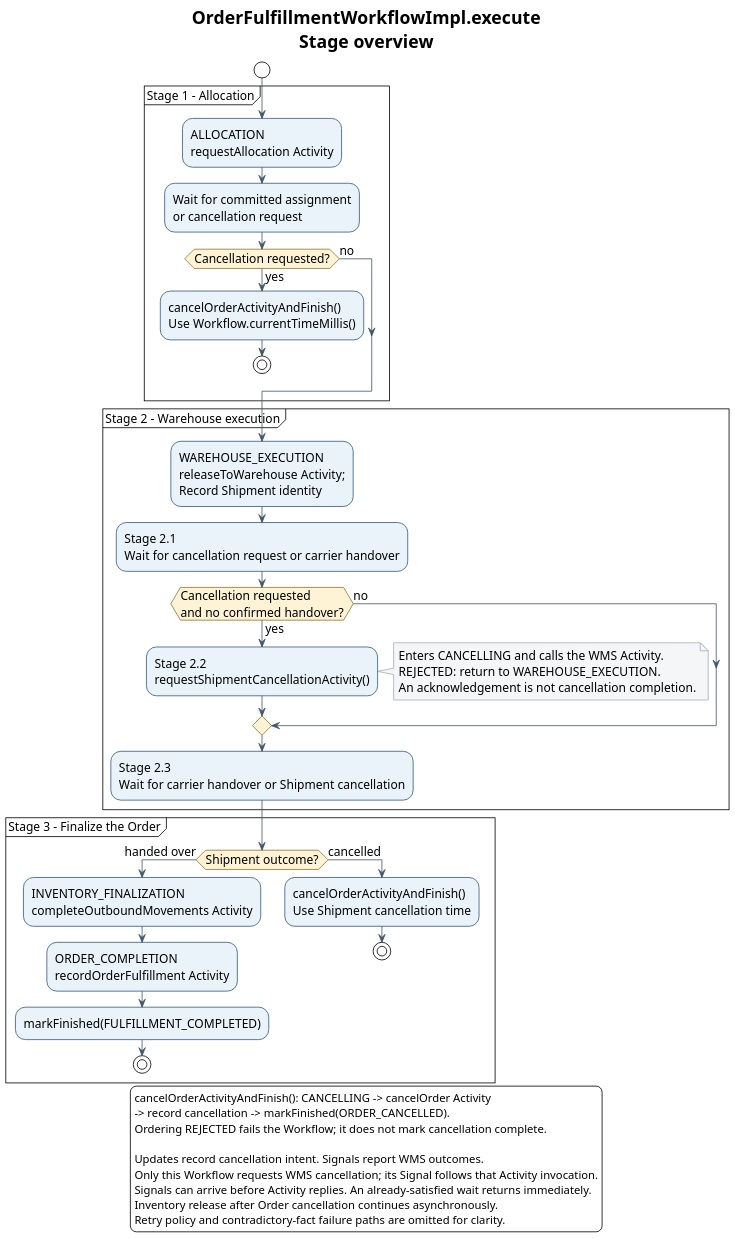
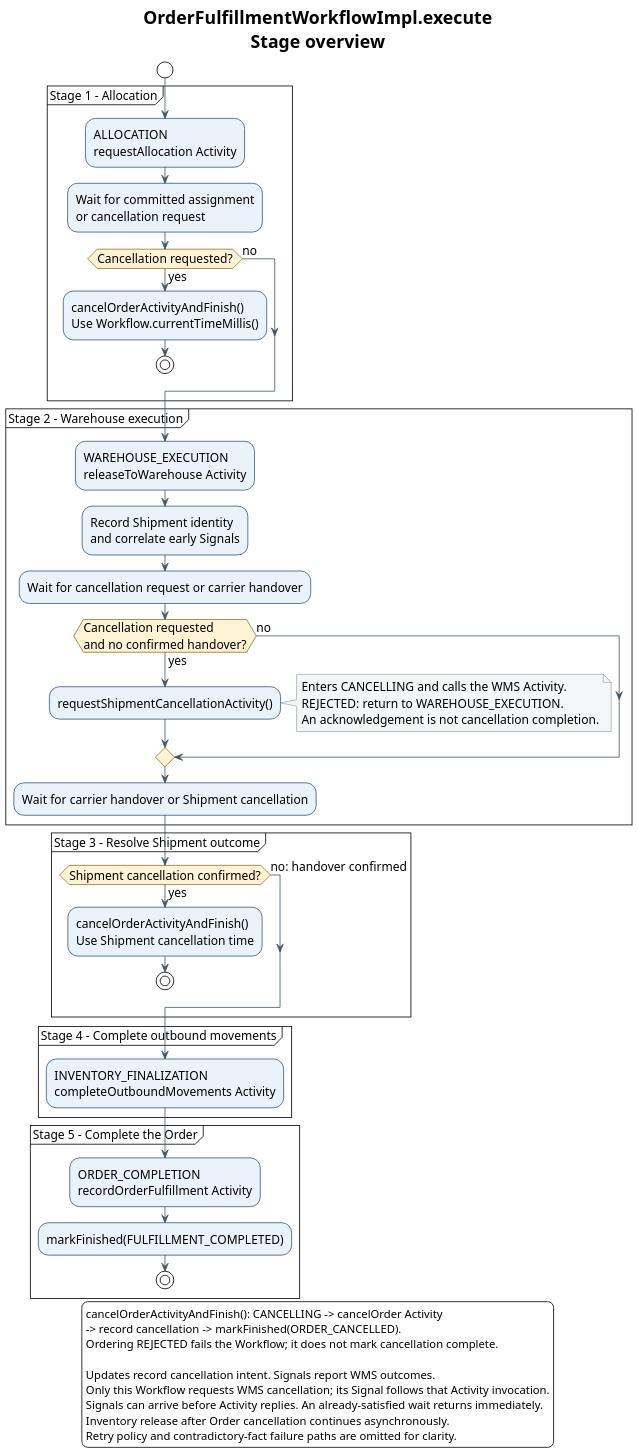
Before and after one commit to zhjiangexe/order-allocation-arch-demo: the diagram in docs/order-fulfillment-process-execute-flow.puml, drawn with PlantUML. The commit also changed 17 other files, not shown here.

Commit message:
refactor(fulfillment): rename workflow state and clarify stage diagrams

```diff
--- a/docs/order-fulfillment-process-execute-flow.puml
+++ b/docs/order-fulfillment-process-execute-flow.puml
@@ -1,64 +1,69 @@
 @startuml
 !theme plain
 skinparam backgroundColor #FFFFFF
 skinparam defaultFontName SansSerif
 skinparam defaultFontSize 15
 skinparam shadowing false
 skinparam activityBackgroundColor #EAF2FA
 skinparam activityBorderColor #365A7C
 skinparam activityDiamondBackgroundColor #FFF3D6
 skinparam activityDiamondBorderColor #94732C
 skinparam noteBackgroundColor #F4F6F8
 skinparam noteBorderColor #A4AFBA
 skinparam ArrowColor #43576B
 skinparam dpi 140
 
 title OrderFulfillmentWorkflowImpl.execute\nStage overview
 
 start
 partition "Stage 1 - Allocation" {
   :ALLOCATION\nrequestAllocation Activity;
   :Wait for committed assignment\nor cancellation request;
   if (Cancellation requested?) then (yes)
     :cancelOrderActivityAndFinish()\nUse Workflow.currentTimeMillis();
     stop
   else (no)
   endif
 }
 partition "Stage 2 - Warehouse execution" {
-  :WAREHOUSE_EXECUTION\nreleaseToWarehouse Activity;\nRecord Shipment identity;
-  :Stage 2.1\nWait for cancellation request or carrier handover;
+  :WAREHOUSE_EXECUTION\nreleaseToWarehouse Activity;
+  :Record Shipment identity\nand correlate early Signals;
+  :Wait for cancellation request or carrier handover;
   if (Cancellation requested\nand no confirmed handover?) then (yes)
-    :Stage 2.2\nrequestShipmentCancellationActivity();
+    :requestShipmentCancellationActivity();
     note right
       Enters CANCELLING and calls the WMS Activity.
       REJECTED: return to WAREHOUSE_EXECUTION.
       An acknowledgement is not cancellation completion.
     end note
   else (no)
   endif
-  :Stage 2.3\nWait for carrier handover or Shipment cancellation;
+  :Wait for carrier handover or Shipment cancellation;
 }
-partition "Stage 3 - Finalize the Order" {
-  if (Shipment outcome?) then (handed over)
-    :INVENTORY_FINALIZATION\ncompleteOutboundMovements Activity;
-    :ORDER_COMPLETION\nrecordOrderFulfillment Activity;
-    :markFinished(FULFILLMENT_COMPLETED);
-    stop
-  else (cancelled)
+partition "Stage 3 - Resolve Shipment outcome" {
+  if (Shipment cancellation confirmed?) then (yes)
     :cancelOrderActivityAndFinish()\nUse Shipment cancellation time;
     stop
+  else (no: handover confirmed)
   endif
+}
+partition "Stage 4 - Complete outbound movements" {
+  :INVENTORY_FINALIZATION\ncompleteOutboundMovements Activity;
+}
+partition "Stage 5 - Complete the Order" {
+  :ORDER_COMPLETION\nrecordOrderFulfillment Activity;
+  :markFinished(FULFILLMENT_COMPLETED);
+  stop
 }
 legend bottom
   cancelOrderActivityAndFinish(): CANCELLING -> cancelOrder Activity
   -> record cancellation -> markFinished(ORDER_CANCELLED).
   Ordering REJECTED fails the Workflow; it does not mark cancellation complete.
 
   Updates record cancellation intent. Signals report WMS outcomes.
   Only this Workflow requests WMS cancellation; its Signal follows that Activity invocation.
   Signals can arrive before Activity replies. An already-satisfied wait returns immediately.
   Inventory release after Order cancellation continues asynchronously.
   Retry policy and contradictory-fact failure paths are omitted for clarity.
 endlegend
 @enduml
```
